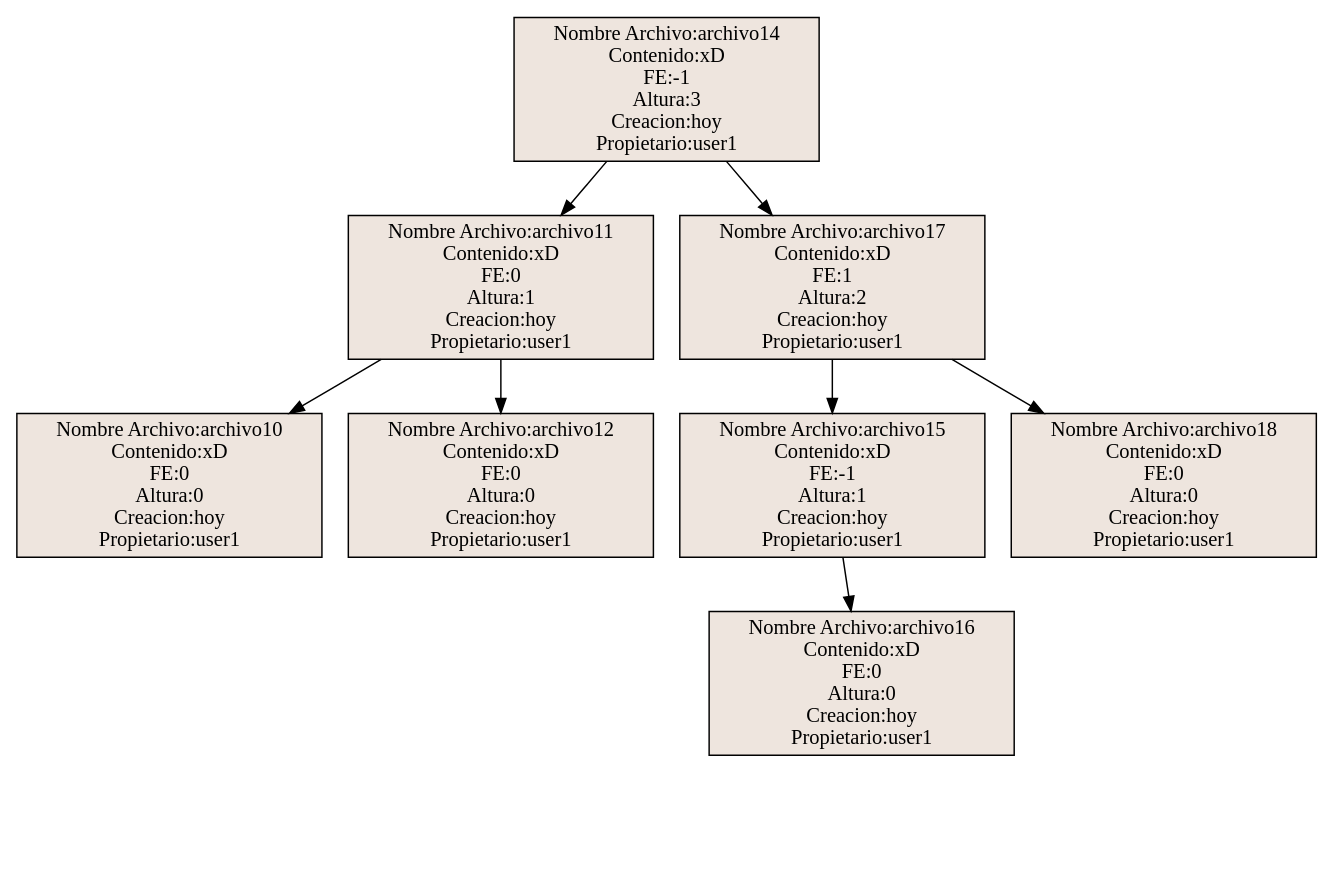
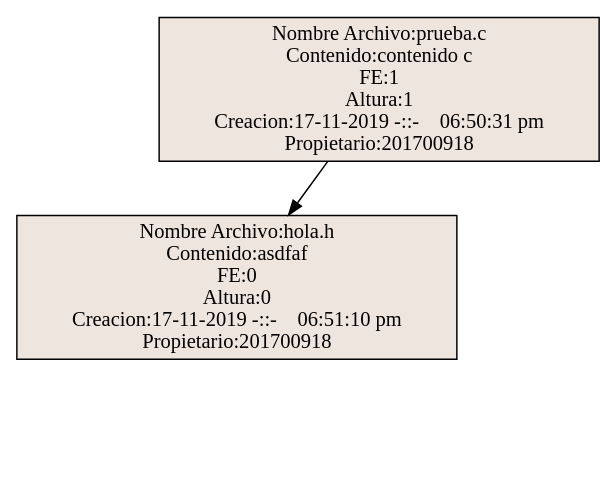
Before and after one commit to CSuy/EDD_2S2019_PY2_201700918: the diagram in Reportes/Arbol_AVL.dot, drawn with Graphviz. The commit also changed 25 other files, not shown here.

```diff
--- a/Reportes/Arbol_AVL.dot
+++ b/Reportes/Arbol_AVL.dot
@@ -1,157 +1,43 @@
 digraph guia{ 
 node [shape = record, style=filled, fillcolor=seashell2];
-"Nombre Archivo:archivo14
- Contenido:xD
- FE:-1
- Altura:3
- Creacion:hoy
- Propietario:user1"; 
-"Nombre Archivo:archivo14
- Contenido:xD
- FE:-1
- Altura:3
- Creacion:hoy
- Propietario:user1"-> 
-"Nombre Archivo:archivo11
- Contenido:xD
- FE:0
+"Nombre Archivo:prueba.c
+ Contenido:contenido c
+ FE:1
  Altura:1
- Creacion:hoy
- Propietario:user1"; 
-"Nombre Archivo:archivo11
- Contenido:xD
- FE:0
+ Creacion:17-11-2019 -::-    06:50:31 pm
+ Propietario:201700918"; 
+"Nombre Archivo:prueba.c
+ Contenido:contenido c
+ FE:1
  Altura:1
- Creacion:hoy
- Propietario:user1"-> 
-"Nombre Archivo:archivo10
- Contenido:xD
+ Creacion:17-11-2019 -::-    06:50:31 pm
+ Propietario:201700918"-> 
+"Nombre Archivo:hola.h
+ Contenido:asdfaf
  FE:0
  Altura:0
- Creacion:hoy
- Propietario:user1"; 
+ Creacion:17-11-2019 -::-    06:51:10 pm
+ Propietario:201700918"; 
 null0[label="", style=invis]; 
-"Nombre Archivo:archivo10
- Contenido:xD
+"Nombre Archivo:hola.h
+ Contenido:asdfaf
  FE:0
  Altura:0
- Creacion:hoy
- Propietario:user1"-> null0[style=invis]; 
+ Creacion:17-11-2019 -::-    06:51:10 pm
+ Propietario:201700918"-> null0[style=invis]; 
 null1[label="", style=invis]; 
-"Nombre Archivo:archivo10
- Contenido:xD
+"Nombre Archivo:hola.h
+ Contenido:asdfaf
  FE:0
  Altura:0
- Creacion:hoy
- Propietario:user1"-> null1[style=invis]; 
-"Nombre Archivo:archivo11
- Contenido:xD
- FE:0
+ Creacion:17-11-2019 -::-    06:51:10 pm
+ Propietario:201700918"-> null1[style=invis]; 
+null2[label="", style=invis]; 
+"Nombre Archivo:prueba.c
+ Contenido:contenido c
+ FE:1
  Altura:1
- Creacion:hoy
- Propietario:user1"-> 
-"Nombre Archivo:archivo12
- Contenido:xD
- FE:0
- Altura:0
- Creacion:hoy
- Propietario:user1"; 
-null2[label="", style=invis]; 
-"Nombre Archivo:archivo12
- Contenido:xD
- FE:0
- Altura:0
- Creacion:hoy
- Propietario:user1"-> null2[style=invis]; 
-null3[label="", style=invis]; 
-"Nombre Archivo:archivo12
- Contenido:xD
- FE:0
- Altura:0
- Creacion:hoy
- Propietario:user1"-> null3[style=invis]; 
-"Nombre Archivo:archivo14
- Contenido:xD
- FE:-1
- Altura:3
- Creacion:hoy
- Propietario:user1"-> 
-"Nombre Archivo:archivo17
- Contenido:xD
- FE:1
- Altura:2
- Creacion:hoy
- Propietario:user1"; 
-"Nombre Archivo:archivo17
- Contenido:xD
- FE:1
- Altura:2
- Creacion:hoy
- Propietario:user1"-> 
-"Nombre Archivo:archivo15
- Contenido:xD
- FE:-1
- Altura:1
- Creacion:hoy
- Propietario:user1"; 
-null4[label="", style=invis]; 
-"Nombre Archivo:archivo15
- Contenido:xD
- FE:-1
- Altura:1
- Creacion:hoy
- Propietario:user1"-> null4[style=invis]; 
-"Nombre Archivo:archivo15
- Contenido:xD
- FE:-1
- Altura:1
- Creacion:hoy
- Propietario:user1"-> 
-"Nombre Archivo:archivo16
- Contenido:xD
- FE:0
- Altura:0
- Creacion:hoy
- Propietario:user1"; 
-null5[label="", style=invis]; 
-"Nombre Archivo:archivo16
- Contenido:xD
- FE:0
- Altura:0
- Creacion:hoy
- Propietario:user1"-> null5[style=invis]; 
-null6[label="", style=invis]; 
-"Nombre Archivo:archivo16
- Contenido:xD
- FE:0
- Altura:0
- Creacion:hoy
- Propietario:user1"-> null6[style=invis]; 
-"Nombre Archivo:archivo17
- Contenido:xD
- FE:1
- Altura:2
- Creacion:hoy
- Propietario:user1"-> 
-"Nombre Archivo:archivo18
- Contenido:xD
- FE:0
- Altura:0
- Creacion:hoy
- Propietario:user1"; 
-null7[label="", style=invis]; 
-"Nombre Archivo:archivo18
- Contenido:xD
- FE:0
- Altura:0
- Creacion:hoy
- Propietario:user1"-> null7[style=invis]; 
-null8[label="", style=invis]; 
-"Nombre Archivo:archivo18
- Contenido:xD
- FE:0
- Altura:0
- Creacion:hoy
- Propietario:user1"-> null8[style=invis]; 
+ Creacion:17-11-2019 -::-    06:50:31 pm
+ Propietario:201700918"-> null2[style=invis]; 
 
 }
```
